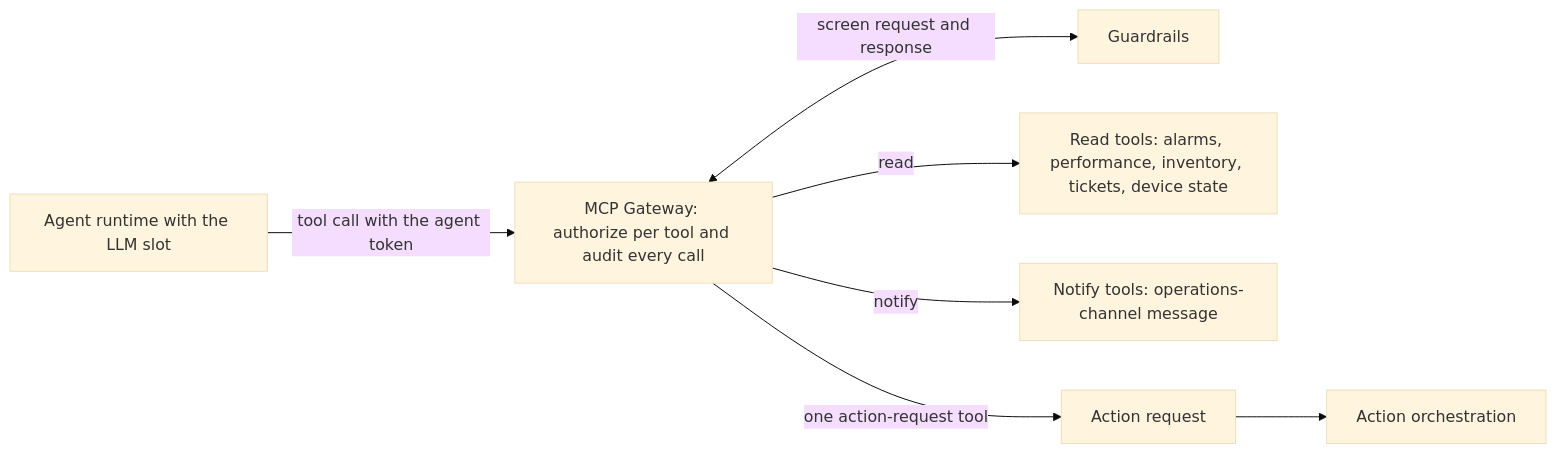
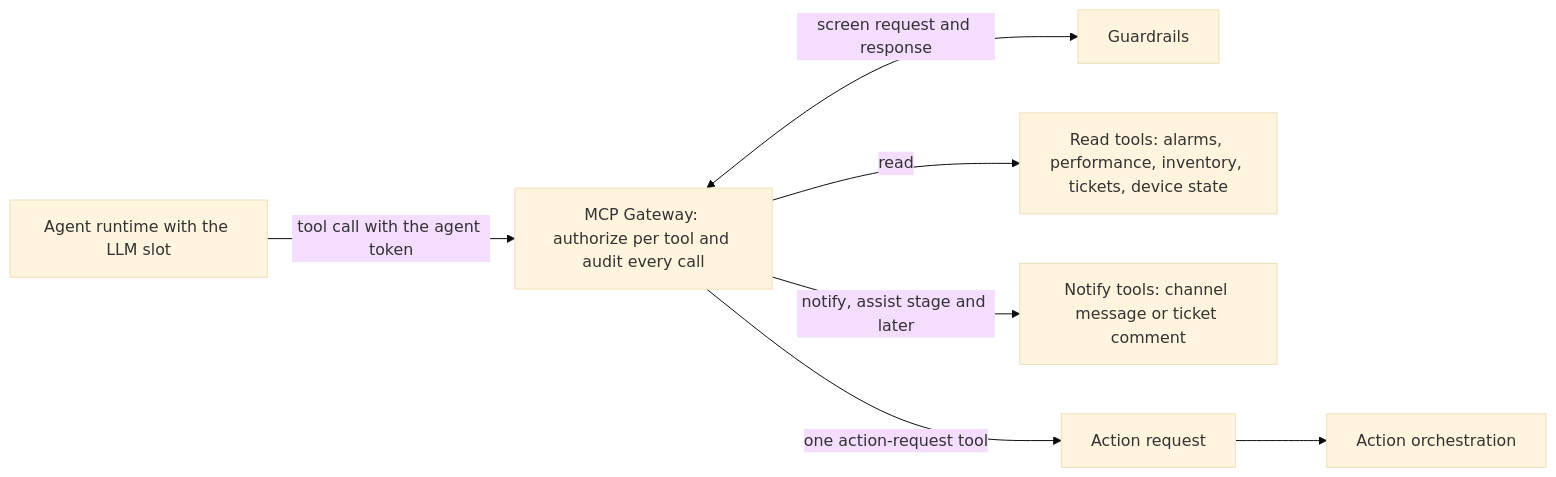
One commit to ravisharma5/otel-telco-blueprints changed the diagram in platform/integration/README.md. Above: the diagram before and after it, drawn with Mermaid (base theme). The commit also changed other lines of this file and 4 other files, not shown here.

````diff
--- a/platform/integration/README.md
+++ b/platform/integration/README.md
@@ -54,9 +54,9 @@
 ```mermaid
 flowchart LR
     AG["Agent runtime with the LLM slot"] -- "tool call with the agent token" --> GW["MCP Gateway: authorize per tool and audit every call"]
     GW <-- "screen request and response" --> GR["Guardrails"]
     GW -- "read" --> RT["Read tools: alarms, performance, inventory, tickets, device state"]
-    GW -- "notify" --> NT["Notify tools: operations-channel message"]
+    GW -- "notify, assist stage and later" --> NT["Notify tools: channel message or ticket comment"]
     GW -- "one action-request tool" --> AR["Action request"]
     AR --> AO["Action orchestration"]
 ```
````
